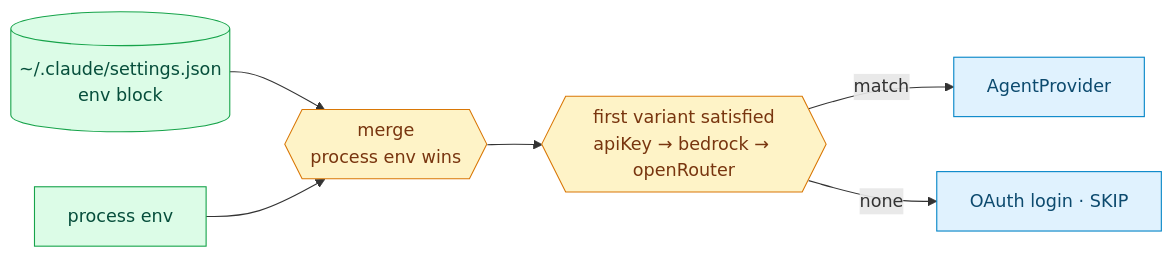
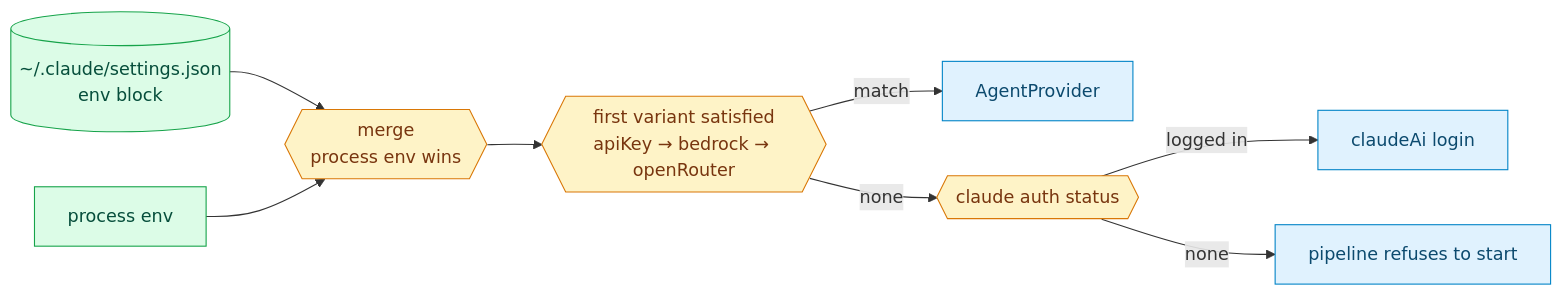
One commit to liitx/claudart changed the seventh of 9 diagrams in README.md. Above: the diagram before and after it, drawn with Mermaid. The commit also changed other lines of this file and 5 other files, not shown here.

First line of the commit message:
fix(providers): recognize a browser login, so the pipeline can run on it

````diff
--- a/README.md
+++ b/README.md
@@ -865,11 +866,13 @@
 ```mermaid
 flowchart LR
   Settings[(~/.claude/settings.json<br/>env block)]:::state --> Merge{{merge<br/>process env wins}}:::fn
   Proc[process env]:::state --> Merge
   Merge --> Detect{{first variant satisfied<br/>apiKey → bedrock → openRouter}}:::fn
   Detect -->|match| Prov[AgentProvider]:::cmd
-  Detect -->|none| OAuth[OAuth login · SKIP]:::cmd
+  Detect -->|none| Login{{claude auth status}}:::fn
+  Login -->|logged in| ClaudeAi[claudeAi login]:::cmd
+  Login -->|none| Refuse[pipeline refuses to start]:::cmd
   classDef state fill:#dcfce7,color:#064e3b,stroke:#16a34a
   classDef cmd fill:#e0f2fe,color:#0c4a6e,stroke:#0284c7
   classDef fn fill:#fef3c7,color:#78350f,stroke:#d97706
 ```
````
